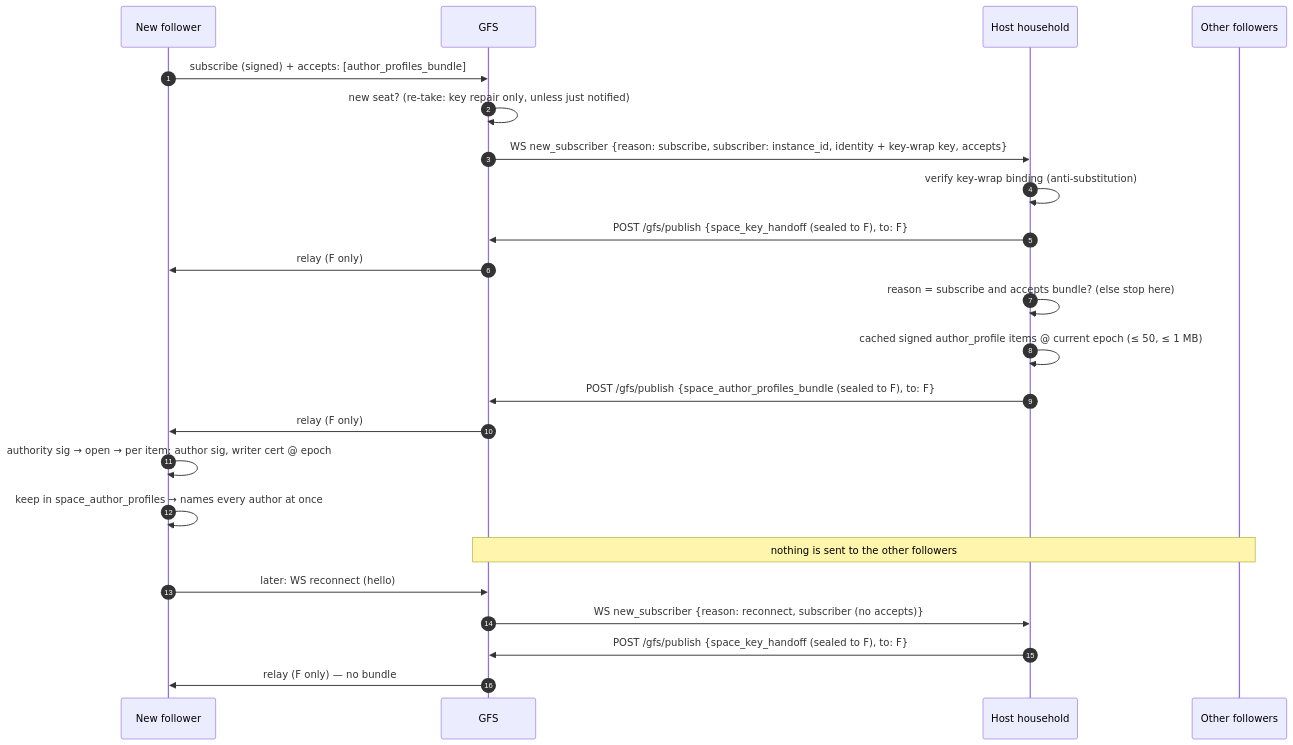
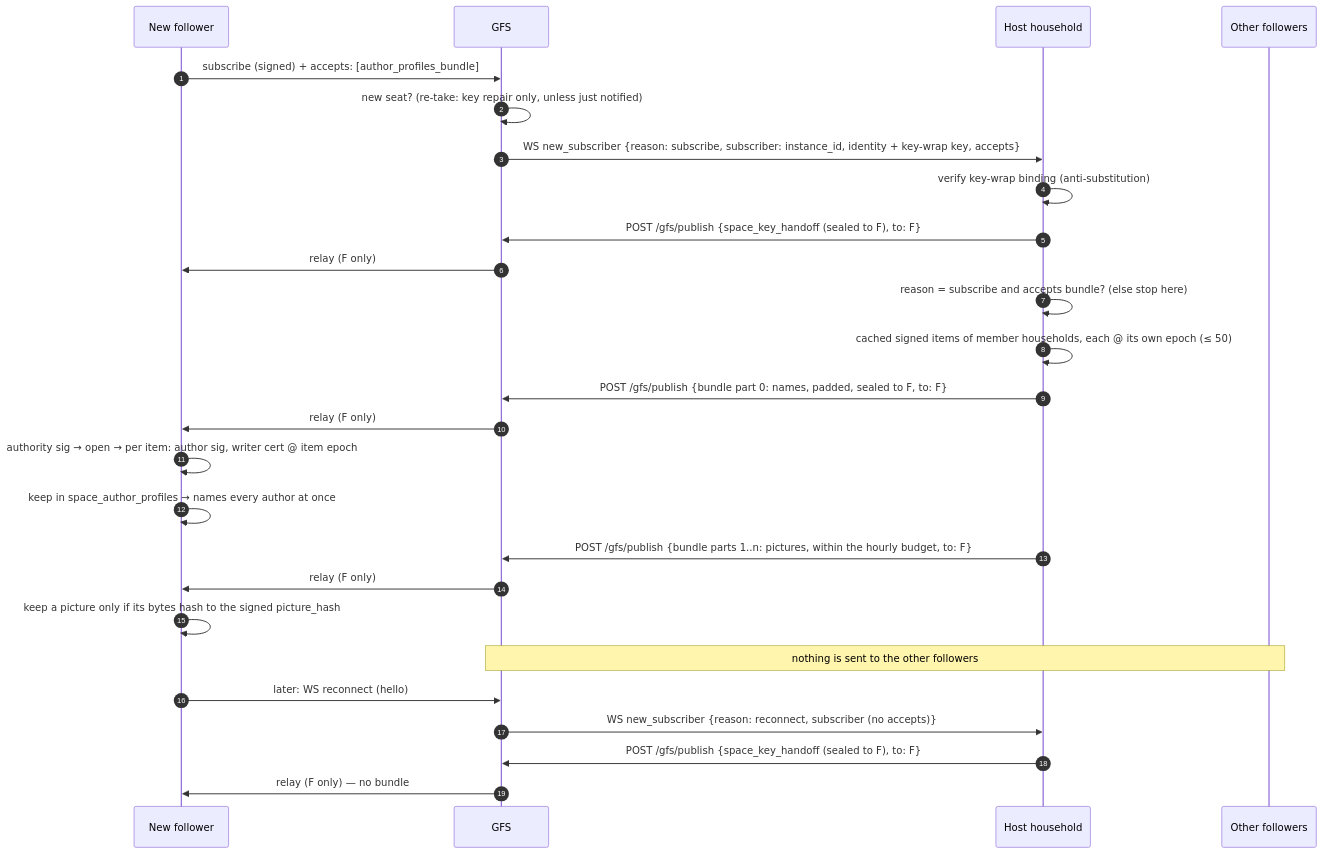
One commit to social-home-io/socialhome changed the seventh of 13 diagrams in docs/protocol/discovery.md. Above: the diagram before and after it, drawn with Mermaid. The commit also changed other lines of this file and 5 other files, not shown here.

First line of the commit message:
Docs + demo: profiles on real change only, names-first bundle, size math

````diff
--- a/docs/protocol/discovery.md
+++ b/docs/protocol/discovery.md
@@ -1702,26 +1743,29 @@
 ```mermaid
 sequenceDiagram
   autonumber
   participant F as New follower
   participant G as GFS
   participant H as Host household
   participant O as Other followers
 
   F->>G: subscribe (signed) + accepts: [author_profiles_bundle]
   G->>G: new seat? (re-take: key repair only, unless just notified)
   G->>H: WS new_subscriber {reason: subscribe, subscriber: instance_id, identity + key-wrap key, accepts}
   H->>H: verify key-wrap binding (anti-substitution)
   H->>G: POST /gfs/publish {space_key_handoff (sealed to F), to: F}
   G->>F: relay (F only)
   H->>H: reason = subscribe and accepts bundle? (else stop here)
-  H->>H: cached signed author_profile items @ current epoch (≤ 50, ≤ 1 MB)
-  H->>G: POST /gfs/publish {space_author_profiles_bundle (sealed to F), to: F}
+  H->>H: cached signed items of member households, each @ its own epoch (≤ 50)
+  H->>G: POST /gfs/publish {bundle part 0: names, padded, sealed to F, to: F}
   G->>F: relay (F only)
-  F->>F: authority sig → open → per item: author sig, writer cert @ epoch
+  F->>F: authority sig → open → per item: author sig, writer cert @ item epoch
   F->>F: keep in space_author_profiles → names every author at once
+  H->>G: POST /gfs/publish {bundle parts 1..n: pictures, within the hourly budget, to: F}
+  G->>F: relay (F only)
+  F->>F: keep a picture only if its bytes hash to the signed picture_hash
   Note over G,O: nothing is sent to the other followers
   F->>G: later: WS reconnect (hello)
   G->>H: WS new_subscriber {reason: reconnect, subscriber (no accepts)}
   H->>G: POST /gfs/publish {space_key_handoff (sealed to F), to: F}
   G->>F: relay (F only) — no bundle
 ```
````
